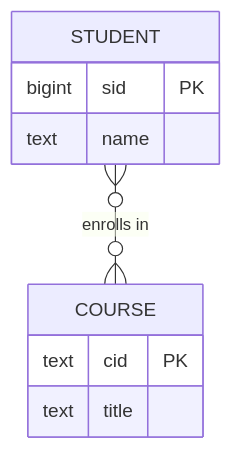
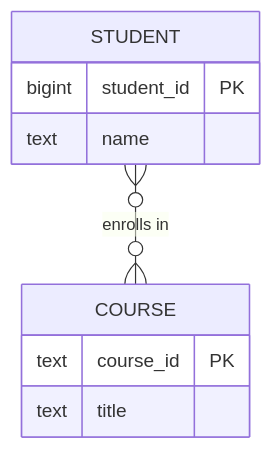
One commit to ufdatastudio/cop5725fa26 changed diagram 20 of 27 in lecture-outlines/day6-er-modeling/slides.md. Above: the diagram before and after it, drawn with Mermaid. The commit also changed other lines of this file and 33 other files, not shown here.

````diff
--- a/lecture-outlines/day6-er-modeling/slides.md
+++ b/lecture-outlines/day6-er-modeling/slides.md
@@ -690,12 +689,12 @@
 ```mermaid
 erDiagram
   STUDENT }o--o{ COURSE : "enrolls in"
   STUDENT {
-    bigint sid PK
+    bigint student_id PK
     text name
   }
   COURSE {
-    text cid PK
+    text course_id PK
     text title
   }
 ```
````
